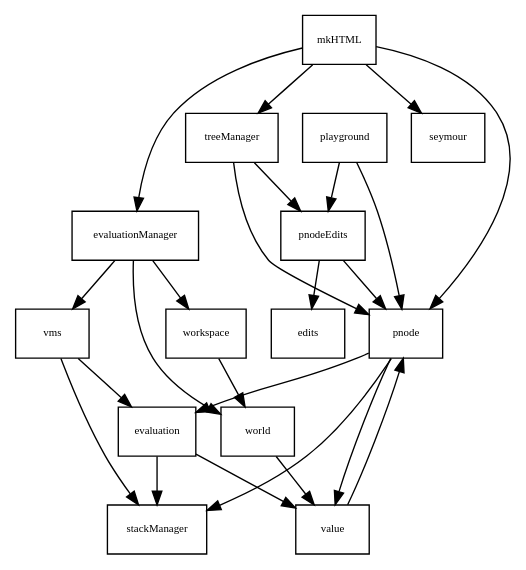
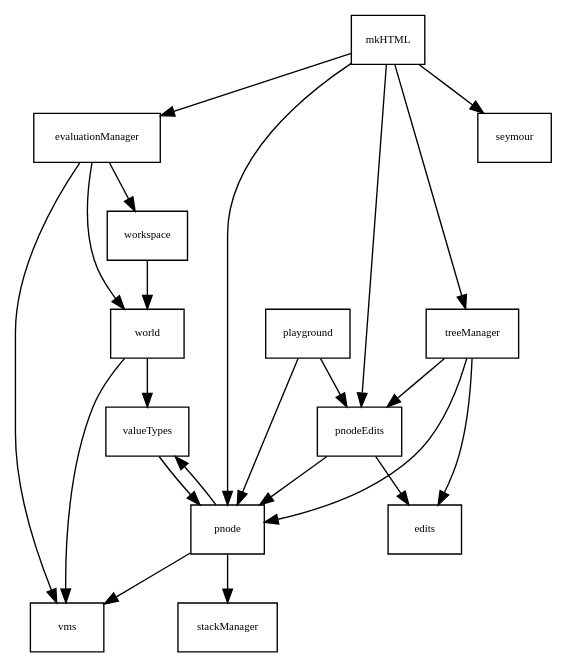
Before and after one commit to theodore-norvell/PLAAY: the diagram in typescriptSrc/dependence-js.gv, drawn with Graphviz. The commit also changed 5 other files, not shown here.

Commit message:
Final tidying and updating the graphs files.

```diff
--- a/typescriptSrc/dependence-js.gv
+++ b/typescriptSrc/dependence-js.gv
@@ -1,42 +1,60 @@
 digraph Depends {
 
    gsize="8,6"; ratio=fill;
    node[fontsize=8, shape=rectangle];
 
-   mkHTML -> pnode ;
-   mkHTML -> treeManager ;
-   mkHTML -> evaluationManager ;
-   mkHTML -> seymour ;
-
-   evaluation -> stackManager ;
-   evaluation -> value ;
+   //edits -> assert ;
+   //edits -> collections ;
 
    evaluationManager -> vms ;
    evaluationManager -> workspace ;
    evaluationManager -> world ;
 
+   //mkHTML -> assert ;
+   //mkHTML -> collections ;
+   mkHTML -> pnode ;
+   mkHTML -> pnodeEdits ;
+   mkHTML -> treeManager ;
+   mkHTML -> evaluationManager ;
+   mkHTML -> seymour ;
+
+   //pageManipulation -> assert ;
+   //pageManipulation -> collections ;
+
+   //playground -> collections ;
    playground -> pnode ;
    playground -> pnodeEdits ;
 
+   //pnode -> assert ;
+   //pnode -> collections ;
+   pnode -> stackManager ;
+   pnode -> valueTypes ;
+   pnode -> vms ;
 
-   pnode -> evaluation ;
-   pnode -> stackManager ;
-   pnode -> value ;
-
+   //pnodeEdits -> assert ;
+   //pnodeEdits -> collections ;
    pnodeEdits -> edits ;
    pnodeEdits -> pnode ;
 
+   //treeManager -> asssert ;
+   //treeManager -> collections ;
+   treeManager -> edits ;
    treeManager -> pnode ;
    treeManager -> pnodeEdits ;
 
    //turtleTest -> seymour ;
 
-   value -> pnode ;
+   //valueTypes -> assert ;
+   //valueTypes -> collections ;
+   valueTypes -> pnode ;
 
-   vms -> stackManager ;
-   vms -> evaluation ;
+   //vms -> assert ;
+   //vms -> collections ;
 
    workspace -> world ;
 
-   world -> value ;
+   //world -> assert ;
+   //world -> collections ;
+   world -> valueTypes ;
+   world -> vms ;
 }
```
